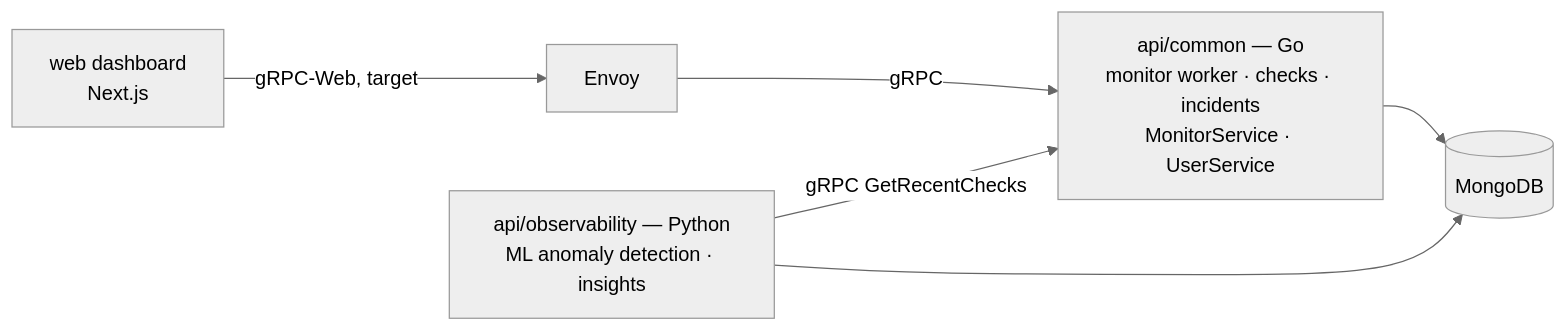
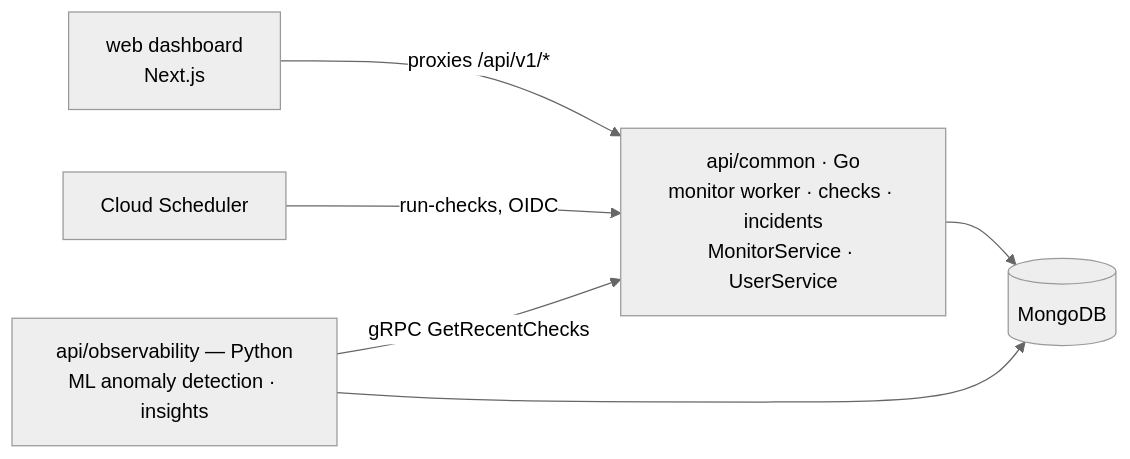
Before and after one commit to cuesoftinc/upstat: the diagram in docs/overview.md, drawn with Mermaid (neutral theme). The commit also changed other lines of this file and 22 other files, not shown here.

First line of the commit message:
feat: add scheduler-invoked internal jobs route with OIDC guard (#279)

````diff
--- a/docs/overview.md
+++ b/docs/overview.md
@@ -9,8 +9,8 @@
 ```mermaid
 flowchart LR
-    WEB[web dashboard<br/>Next.js] -->|gRPC-Web, target| ENV[Envoy]
-    ENV -->|gRPC| AC[api/common — Go<br/>monitor worker · checks · incidents<br/>MonitorService · UserService]
+    WEB[web dashboard<br/>Next.js] -->|proxies /api/v1/*| AC[api/common · Go<br/>monitor worker · checks · incidents<br/>MonitorService · UserService]
+    SCH[Cloud Scheduler] -->|run-checks, OIDC| AC
     OBS[api/observability — Python<br/>ML anomaly detection · insights] -->|gRPC GetRecentChecks| AC
     AC --> MG[(MongoDB)]
     OBS --> MG
 ```
````
